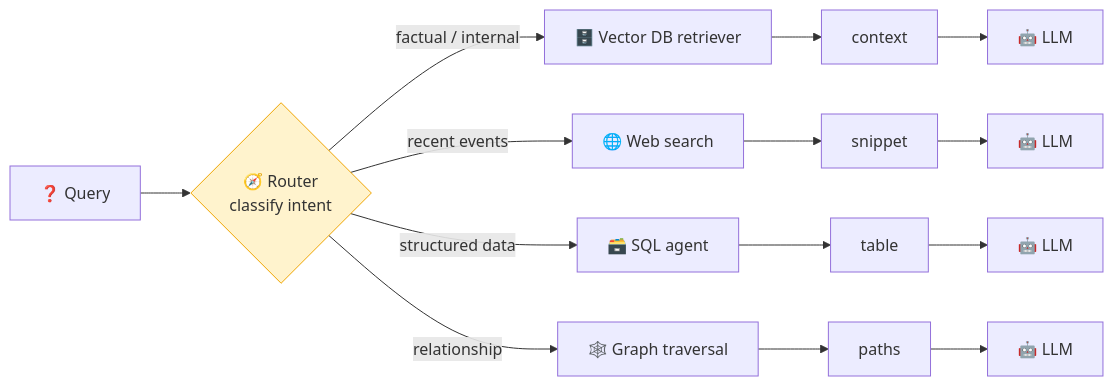
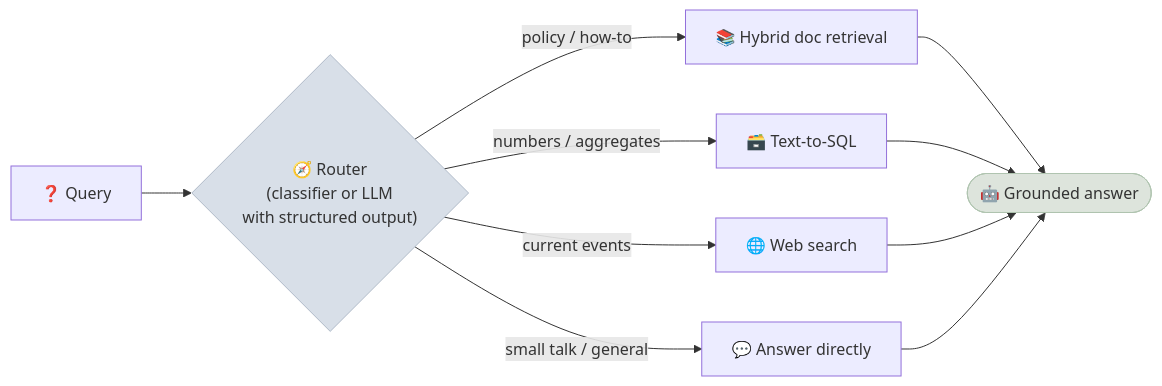
The second of 3 diagrams in src/content/11-RAG/Notes/07-Advanced-RAG-Patterns.mdx (sundante/sun-course-genai), drawn with Mermaid before and after one commit. The commit also changed other lines of this file and 24 other files, not shown here.

````diff
--- a/src/content/11-RAG/Notes/07-Advanced-RAG-Patterns.mdx
+++ b/src/content/11-RAG/Notes/07-Advanced-RAG-Patterns.mdx
@@ -158,10 +68,12 @@
 ```mermaid
 flowchart LR
-    Q["❓ Query"] --> R{"🧭 Router<br/>classify intent"}
-    R -->|"factual / internal"| A["🗄️ Vector DB retriever"] --> A2["context"] --> LLM1["🤖 LLM"]
-    R -->|"recent events"| B["🌐 Web search"] --> B2["snippet"] --> LLM2["🤖 LLM"]
-    R -->|"structured data"| C["🗃️ SQL agent"] --> C2["table"] --> LLM3["🤖 LLM"]
-    R -->|"relationship"| D["🕸️ Graph traversal"] --> D2["paths"] --> LLM4["🤖 LLM"]
+    Q["❓ Query"] --> R{"🧭 Router<br/>(classifier or LLM<br/>with structured output)"}
+    R -->|"policy / how-to"| V["📚 Hybrid doc retrieval"]
+    R -->|"numbers / aggregates"| S["🗃️ Text-to-SQL"]
+    R -->|"current events"| W["🌐 Web search"]
+    R -->|"small talk / general"| N["💬 Answer directly"]
+    V & S & W & N --> G(["🤖 Grounded answer"])
 
-    style R fill:#fff3cd,stroke:#f0a500
+    style R fill:#d8dfe8,stroke:#b0bac8
+    style G fill:#dde4dc,stroke:#b0c4b0
 ```
````
